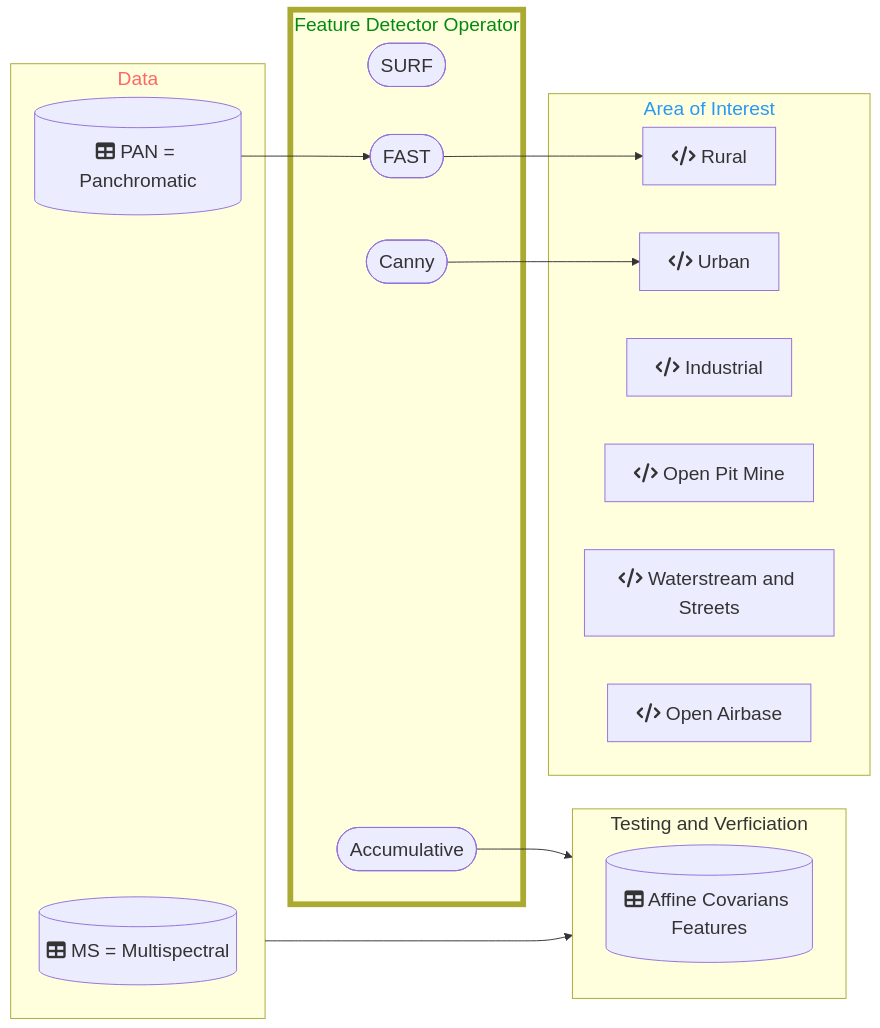
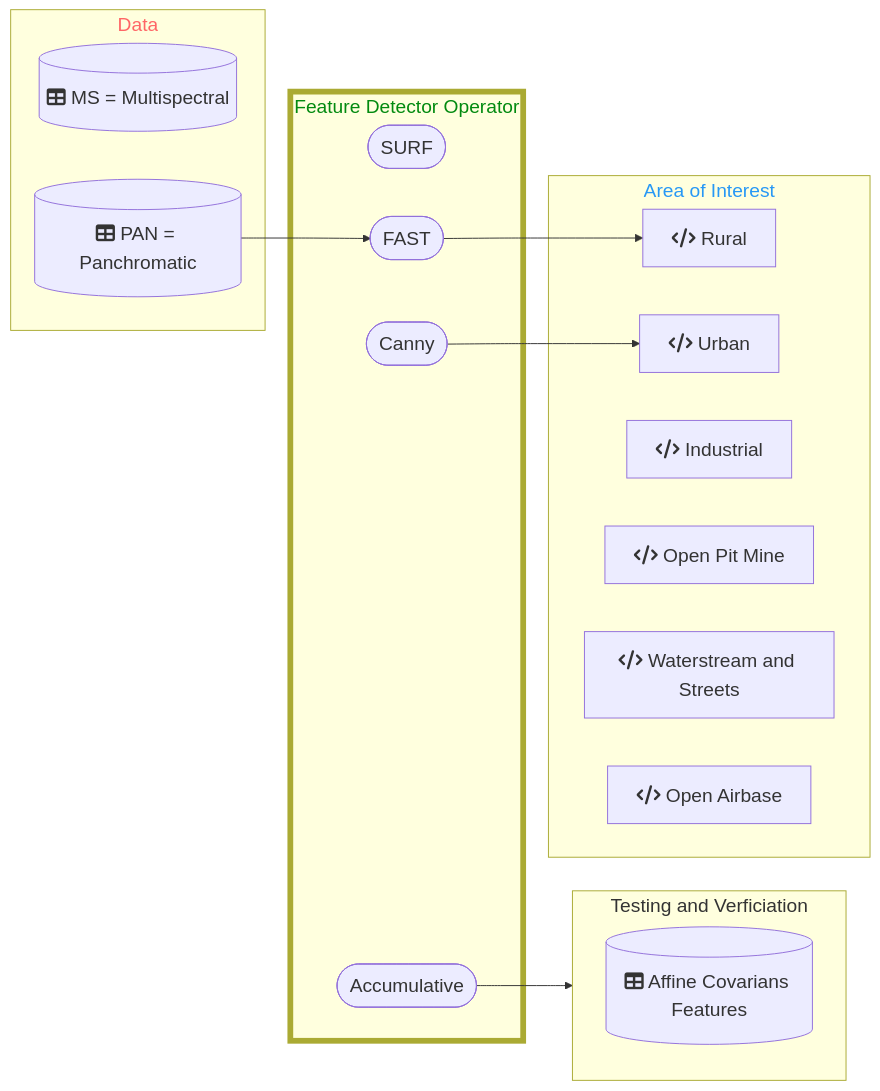
Before and after one commit to DippoldEJ/Feature-Detection-and-Explanation: the diagram in Application/README.md, drawn with Mermaid.

````diff
--- a/Application/README.md
+++ b/Application/README.md
@@ -13,44 +13,44 @@
 ```mermaid
 flowchart LR;
 %%{init: {
 	'themeVariables': { 'fontSize': '20px', 'fontFamily': 'Didot'}
 	}
 }%%
 
  subgraph n[Data]
         g[(fa:fa-table MS = Multispectral)]
         h[(fa:fa-table PAN = Panchromatic)]
     end
 
  subgraph q[Testing and Verficiation]
         r[(fa:fa-table Affine Covarians Features)]
     end
 
  subgraph o[Feature Detector Operator]
         j([SURF])
         k([FAST])
         l([Canny])
         m([Accumulative])
     end
 
 subgraph p[Area of Interest]
     a[fa:fa-code Rural]
     b[fa:fa-code Urban]
     c[fa:fa-code Industrial]
     d[fa:fa-code Open Pit Mine]
     e[fa:fa-code Waterstream and Streets]
     f[fa:fa-code Open Airbase]
     end
 
 style n color:#f66
 style o stroke-width:6px
 style o color:#028A0F
 style p color:#2798F5
 
 h-->k
 k-->a
 l-->b
 m-->q
-n-->q
+
 
 ```
````
